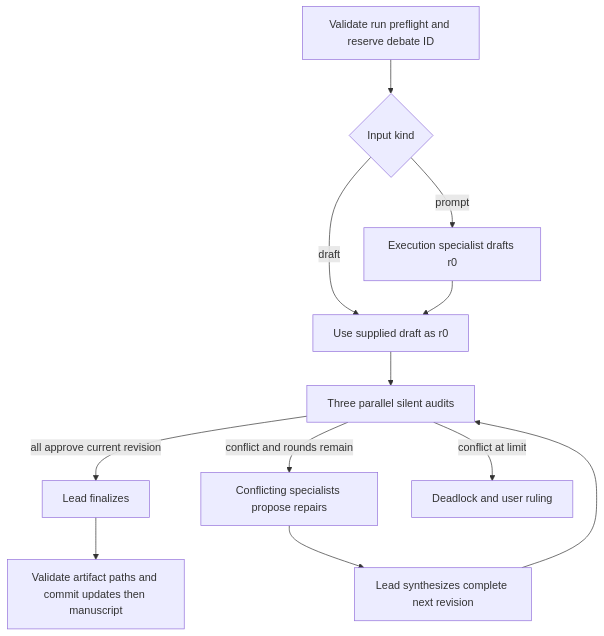
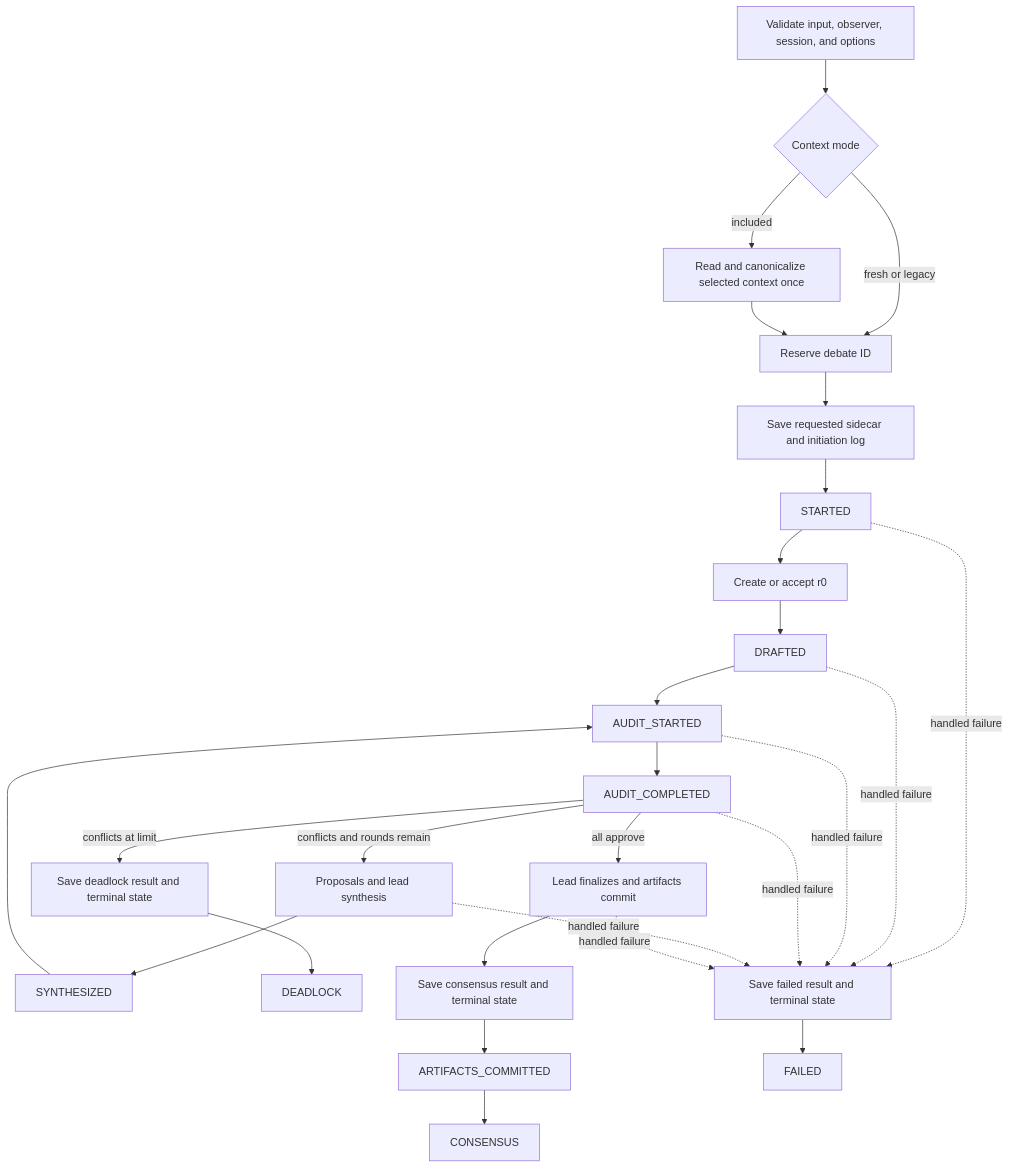
One commit to Kims-DeveloperGroup/story-writing-agents changed the diagram in docs/design/consensus-workflow.md. Above: the diagram before and after it, drawn with Mermaid. The commit also changed other lines of this file and 39 other files, not shown here.

First line of the commit message:
Add selected-context consensus to interactive shell

````diff
--- a/docs/design/consensus-workflow.md
+++ b/docs/design/consensus-workflow.md
@@ -10,14 +12,29 @@
 ```mermaid
 flowchart TD
-    I[Validate run preflight and reserve debate ID] --> K{Input kind}
-    K -->|prompt| D[Execution specialist drafts r0]
-    K -->|draft| A[Use supplied draft as r0]
-    D --> A
-    A --> V[Three parallel silent audits]
-    V -->|all approve current revision| F[Lead finalizes]
-    V -->|conflict and rounds remain| P[Conflicting specialists propose repairs]
-    P --> S[Lead synthesizes complete next revision]
-    S --> V
-    V -->|conflict at limit| X[Deadlock and user ruling]
-    F --> C[Validate artifact paths and commit updates then manuscript]
+    P[Validate input, observer, session, and options] --> C{Context mode}
+    C -->|included| R[Read and canonicalize selected context once]
+    C -->|fresh or legacy| V[Reserve debate ID]
+    R --> V
+    V --> S[Save requested sidecar and initiation log]
+    S --> ST[STARTED]
+    ST --> D[Create or accept r0]
+    D --> DR[DRAFTED]
+    DR --> AS[AUDIT_STARTED]
+    AS --> AC[AUDIT_COMPLETED]
+    AC -->|conflicts and rounds remain| Y[Proposals and lead synthesis]
+    Y --> SY[SYNTHESIZED]
+    SY --> AS
+    AC -->|conflicts at limit| TD[Save deadlock result and terminal state]
+    TD --> DE[DEADLOCK]
+    AC -->|all approve| F[Lead finalizes and artifacts commit]
+    F --> TC[Save consensus result and terminal state]
+    TC --> AR[ARTIFACTS_COMMITTED]
+    AR --> CO[CONSENSUS]
+    ST -. handled failure .-> TF[Save failed result and terminal state]
+    DR -. handled failure .-> TF
+    AS -. handled failure .-> TF
+    AC -. handled failure .-> TF
+    Y -. handled failure .-> TF
+    F -. handled failure .-> TF
+    TF --> FA[FAILED]
 ```
````
